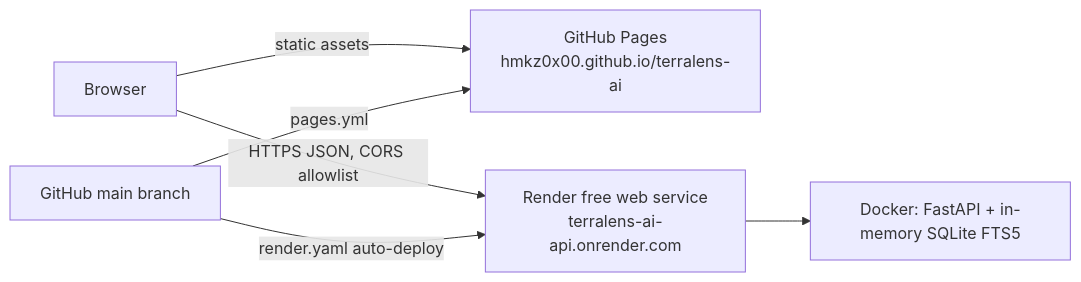
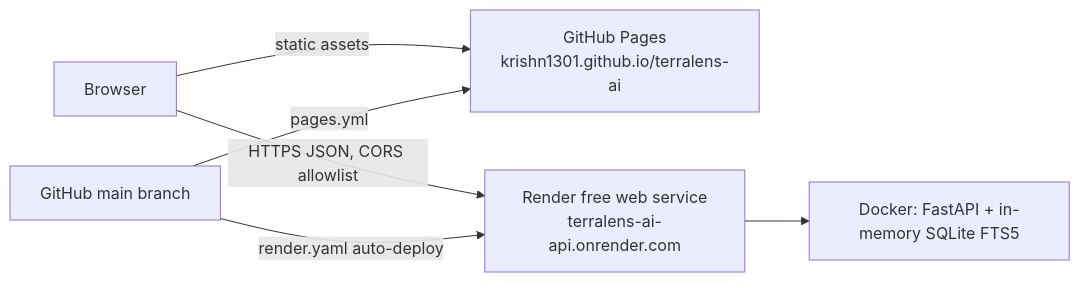
The second of 2 diagrams in README.md (krishn1301/terralens-ai), drawn with Mermaid before and after one commit. The commit also changed other lines of this file and 5 other files, not shown here.

First line of the commit message:
docs: point links at the krishn1301 repository and Pages site

````diff
--- a/README.md
+++ b/README.md
@@ -141,8 +141,8 @@
 ```mermaid
 flowchart LR
-  B[Browser] -->|static assets| P["GitHub Pages<br/>hmkz0x00.github.io/terralens-ai"]
+  B[Browser] -->|static assets| P["GitHub Pages<br/>krishn1301.github.io/terralens-ai"]
   B -->|HTTPS JSON, CORS allowlist| R["Render free web service<br/>terralens-ai-api.onrender.com"]
   R --> C["Docker: FastAPI + in-memory SQLite FTS5"]
   G[GitHub main branch] -->|pages.yml| P
   G -->|render.yaml auto-deploy| R
 ```
````
